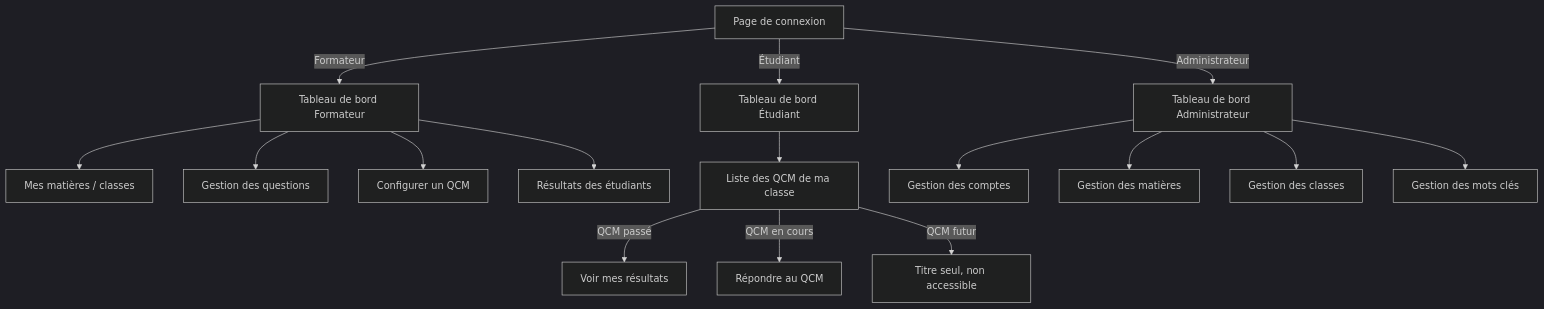
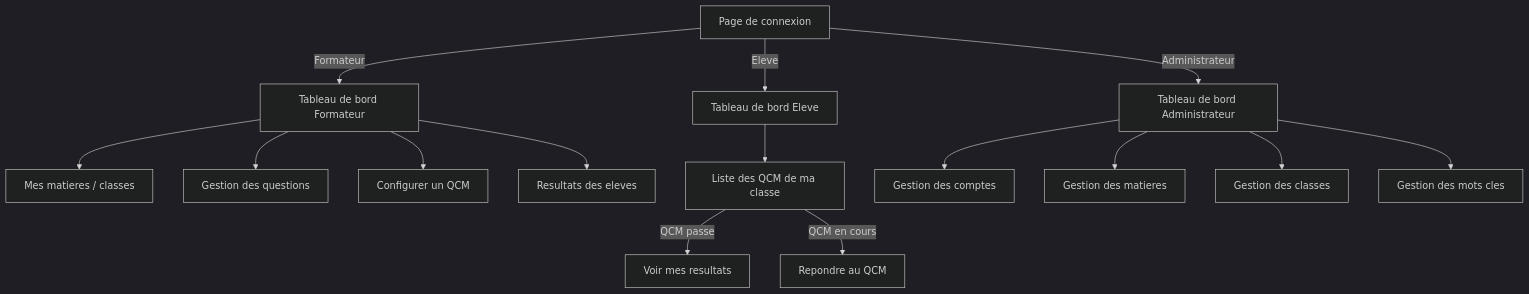
Before and after one commit to BAYRAMEsadselim/Cassin-SIO26-AP3-QCM-BAYRAM: the first of 2 diagrams in docs/technique/architecture.md, drawn with Mermaid (dark theme). The commit also changed other lines of this file, not shown here.

First line of the commit message:
Revise architecture documentation and update dates

````diff
--- a/docs/technique/architecture.md
+++ b/docs/technique/architecture.md
@@ -36,21 +36,20 @@
 ```mermaid
 flowchart TD
     A[Page de connexion] -->|Formateur| B[Tableau de bord Formateur]
-    A -->|Étudiant| C[Tableau de bord Étudiant]
+    A -->|Eleve| C[Tableau de bord Eleve]
     A -->|Administrateur| D[Tableau de bord Administrateur]
 
-    B --> B1[Mes matières / classes]
+    B --> B1[Mes matieres / classes]
     B --> B2[Gestion des questions]
     B --> B3[Configurer un QCM]
-    B --> B4[Résultats des étudiants]
+    B --> B4[Resultats des eleves]
 
     C --> C1[Liste des QCM de ma classe]
-    C1 -->|QCM passé| C2[Voir mes résultats]
-    C1 -->|QCM en cours| C3[Répondre au QCM]
-    C1 -->|QCM futur| C4[Titre seul, non accessible]
+    C1 -->|QCM passe| C2[Voir mes resultats]
+    C1 -->|QCM en cours| C3[Repondre au QCM]
 
     D --> D1[Gestion des comptes]
-    D --> D2[Gestion des matières]
+    D --> D2[Gestion des matieres]
     D --> D3[Gestion des classes]
-    D --> D4[Gestion des mots clés]
+    D --> D4[Gestion des mots cles]
 ```
````
